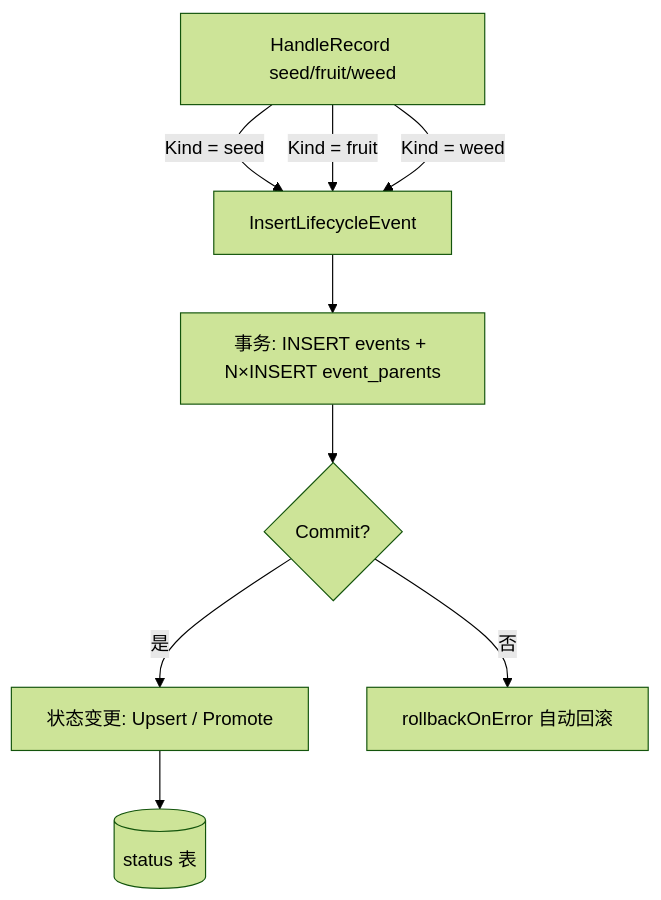
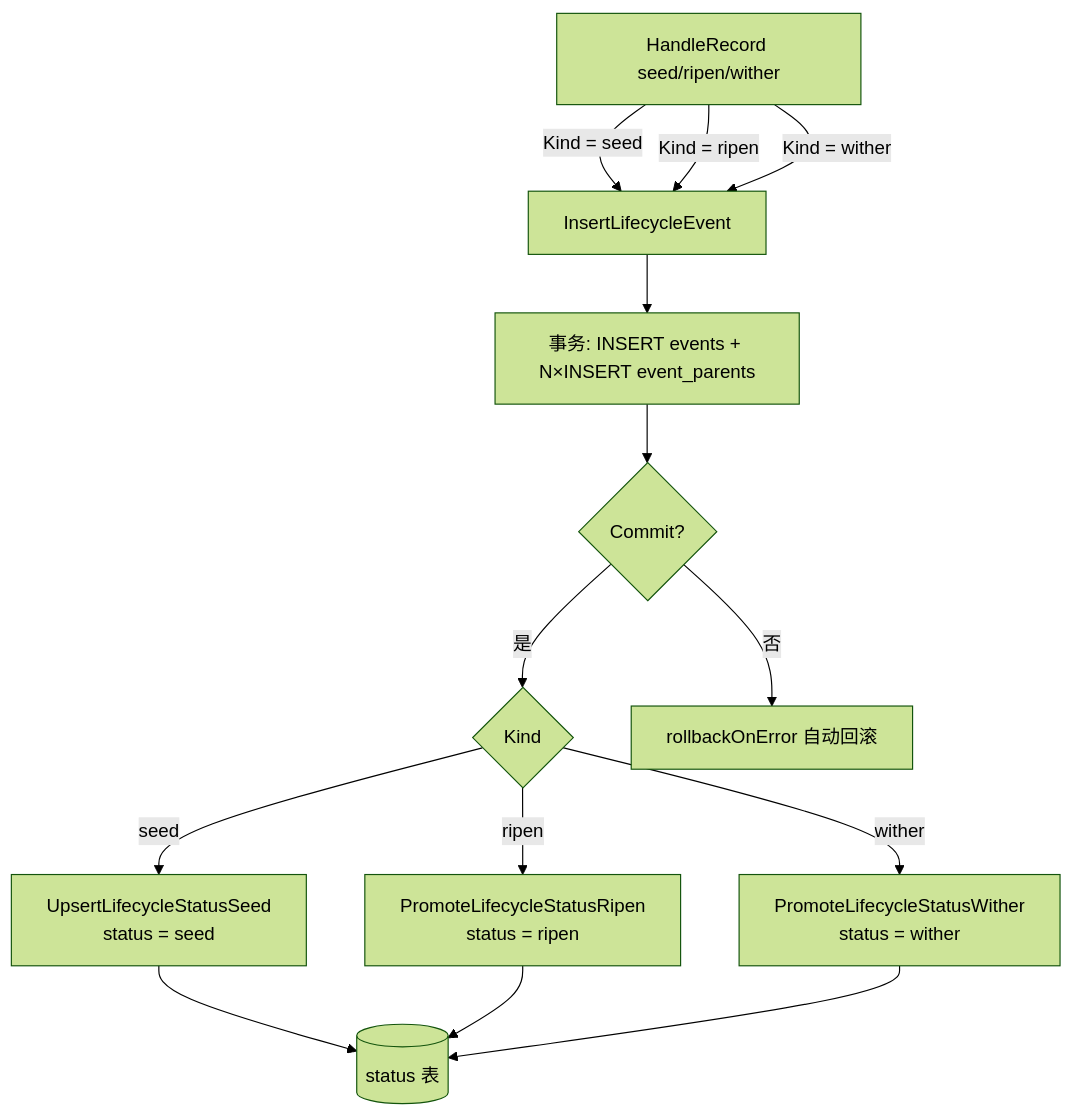
Before and after one commit to Mr-xiaotian/CelestialGrow: the first of 2 diagrams in docs/zh-CN/pkg/persist/sqlite.md, drawn with Mermaid (forest theme). The commit also changed other lines of this file and 34 other files, not shown here.

````diff
--- a/docs/zh-CN/pkg/persist/sqlite.md
+++ b/docs/zh-CN/pkg/persist/sqlite.md
@@ -191,11 +203,16 @@
 ```mermaid
 flowchart TD
-    A[HandleRecord seed/fruit/weed] -->|Kind = seed| B[InsertLifecycleEvent]
-    A -->|Kind = fruit| B
-    A -->|Kind = weed| B
+    A["HandleRecord seed/ripen/wither"] -->|Kind = seed| B[InsertLifecycleEvent]
+    A -->|Kind = ripen| B
+    A -->|Kind = wither| B
     B --> C["事务: INSERT events + N×INSERT event_parents"]
     C --> D{Commit?}
-    D -->|是| E[状态变更: Upsert / Promote]
+    D -->|是| E{Kind}
+    E -->|seed| F1[UpsertLifecycleStatusSeed<br/>status = seed]
+    E -->|ripen| F2[PromoteLifecycleStatusRipen<br/>status = ripen]
+    E -->|wither| F3[PromoteLifecycleStatusWither<br/>status = wither]
     D -->|否| F[rollbackOnError 自动回滚]
-    E --> G[(status 表)]
+    F1 --> G[(status 表)]
+    F2 --> G
+    F3 --> G
 ```
````
